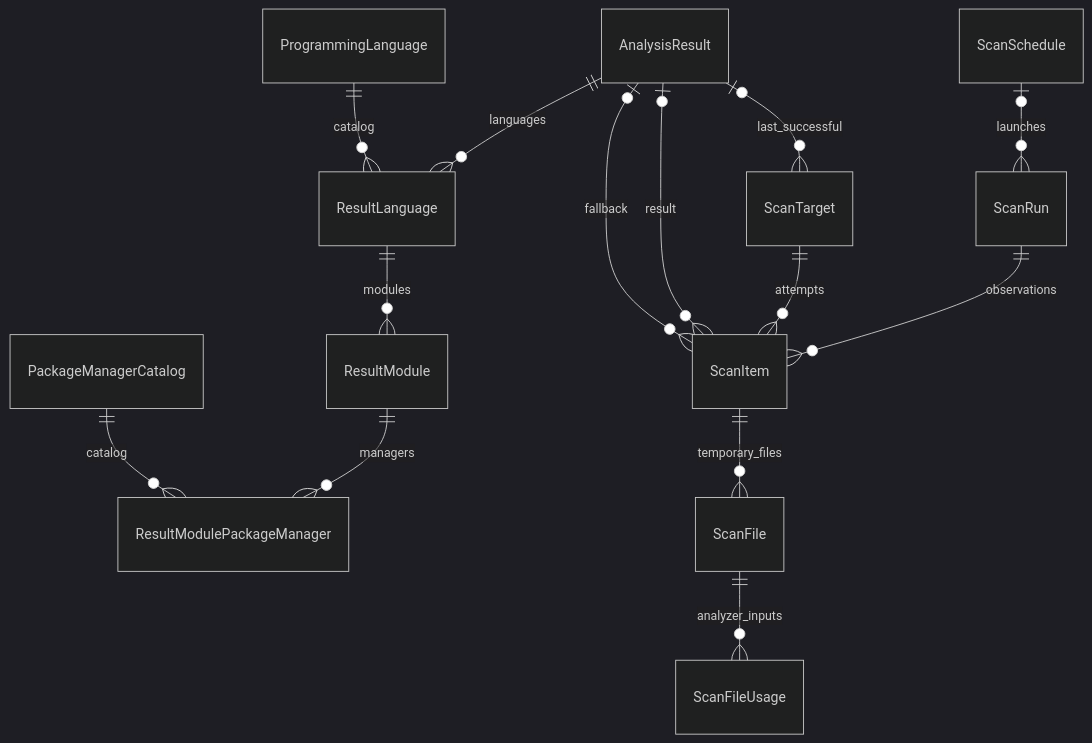
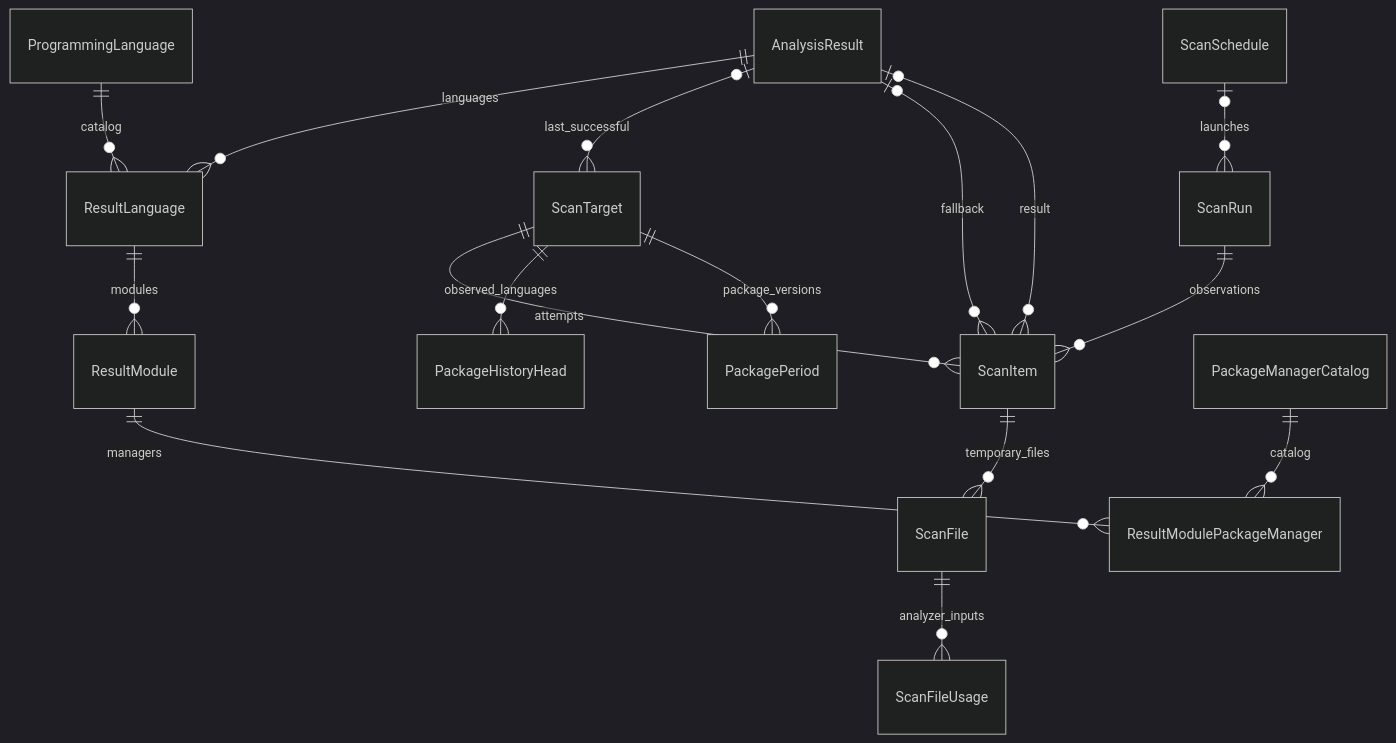
Before and after one commit to valentin-korneev/gitlab-radar: the second of 2 diagrams in docs/architecture.md, drawn with Mermaid (dark theme). The commit also changed other lines of this file and 36 other files, not shown here.

````diff
--- a/docs/architecture.md
+++ b/docs/architecture.md
@@ -51,16 +51,18 @@
 ```mermaid
 erDiagram
+    ScanTarget ||--o{ PackagePeriod : package_versions
+    ScanTarget ||--o{ PackageHistoryHead : observed_languages
     ScanSchedule o|--o{ ScanRun : launches
     ScanRun ||--o{ ScanItem : observations
     ScanTarget ||--o{ ScanItem : attempts
     AnalysisResult o|--o{ ScanItem : result
     AnalysisResult o|--o{ ScanItem : fallback
     AnalysisResult o|--o{ ScanTarget : last_successful
     AnalysisResult ||--o{ ResultLanguage : languages
     ProgrammingLanguage ||--o{ ResultLanguage : catalog
     ResultLanguage ||--o{ ResultModule : modules
     ResultModule ||--o{ ResultModulePackageManager : managers
     PackageManagerCatalog ||--o{ ResultModulePackageManager : catalog
     ScanItem ||--o{ ScanFile : temporary_files
     ScanFile ||--o{ ScanFileUsage : analyzer_inputs
 ```
````
